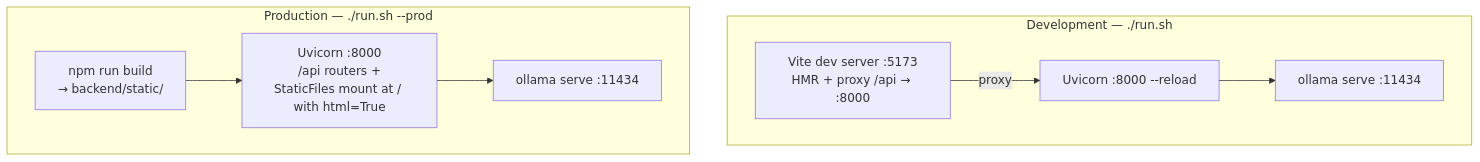
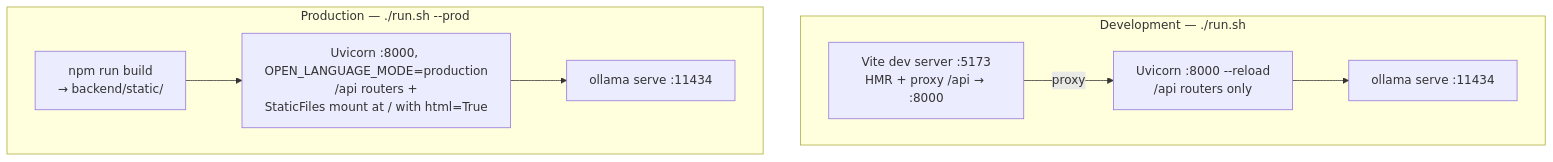
Before and after one commit to Scott123180/open-language: diagram 13 of 13 in docs/architecture.md, drawn with Mermaid. The commit also changed other lines of this file and 7 other files, not shown here.

First line of the commit message:
fix: serve the built frontend only in production mode

````diff
--- a/docs/architecture.md
+++ b/docs/architecture.md
@@ -1084,18 +1084,18 @@
 ```mermaid
 flowchart TB
     subgraph DEV["Development — ./run.sh"]
         D1["Vite dev server :5173<br/>HMR + proxy /api → :8000"]
-        D2["Uvicorn :8000 --reload"]
+        D2["Uvicorn :8000 --reload<br/>/api routers only"]
         D3["ollama serve :11434"]
         D1 -->|"proxy"| D2
         D2 --> D3
     end
 
     subgraph PROD["Production — ./run.sh --prod"]
         P1["npm run build<br/>→ backend/static/"]
-        P2["Uvicorn :8000<br/>/api routers +<br/>StaticFiles mount at / with html=True"]
+        P2["Uvicorn :8000, OPEN_LANGUAGE_MODE=production<br/>/api routers +<br/>StaticFiles mount at / with html=True"]
         P3["ollama serve :11434"]
         P1 --> P2
         P2 --> P3
     end
 ```
````
